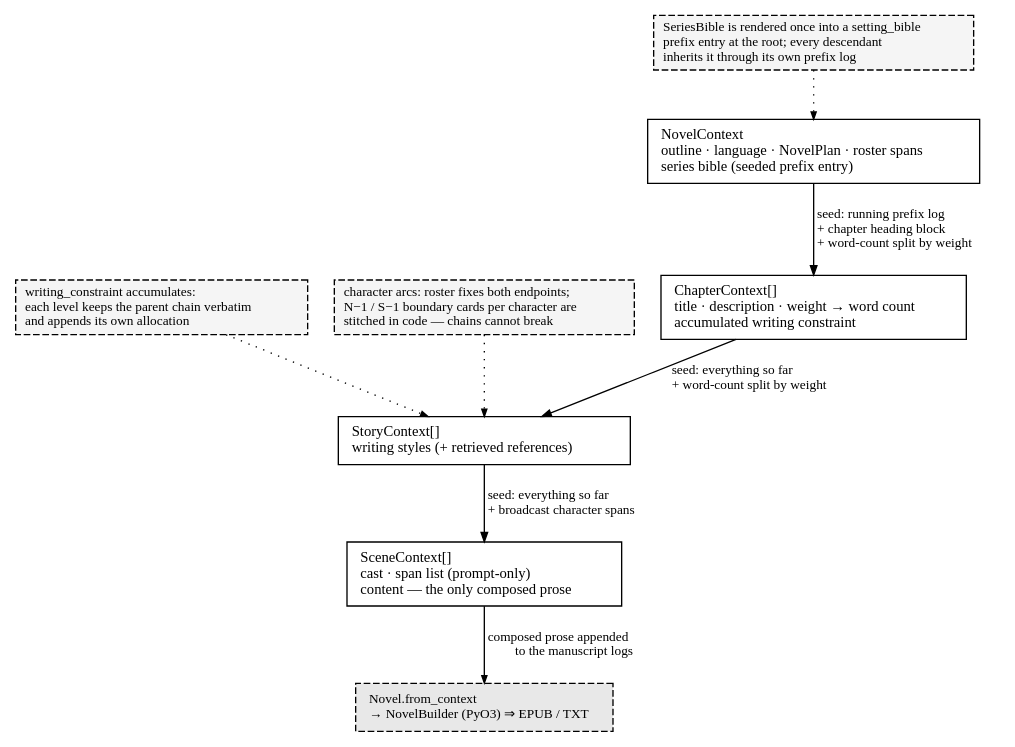
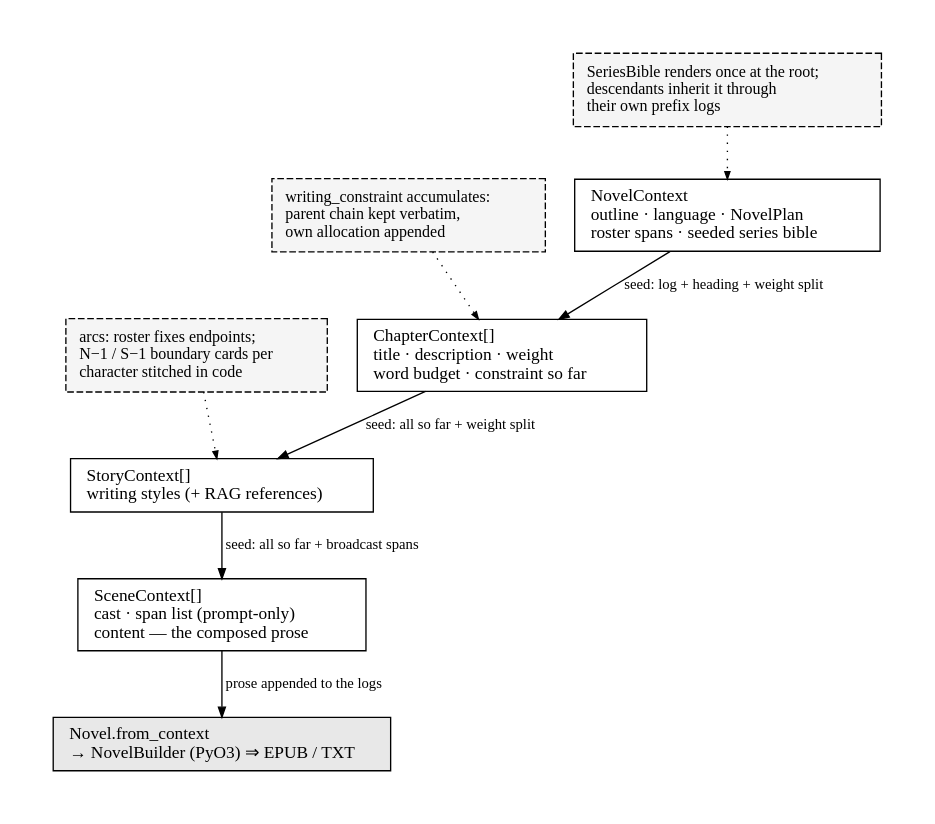
One commit to Whth/fabricatio changed the diagram in packages/fabricatio-novel/assets/dataflow.gv. Above: the diagram before and after it, drawn with Graphviz. The commit also changed 6 other files, not shown here.

```diff
--- a/packages/fabricatio-novel/assets/dataflow.gv
+++ b/packages/fabricatio-novel/assets/dataflow.gv
@@ -1,39 +1,41 @@
 // fabricatio-novel: what flows down the context tree, and what flows back up.
 // Render: dot -Tsvg dataflow.gv -o dataflow.svg
 digraph dataflow {
     rankdir=TB;
     bgcolor="white";
     fontname="serif";
-    fontsize=11;
-    nodesep=0.28;
-    ranksep=0.50;
+    pad="0.45";
+    nodesep=0.30;
+    ranksep=0.52;
 
     node [shape=box, style="filled", fillcolor="white", color="black",
-          fontname="serif", fontsize=11, margin="0.14,0.08"];
-    edge [color="black", arrowsize=0.7, fontname="serif", fontsize=10];
+          fontname="serif", fontsize=13, margin="0.16,0.09"];
+    edge [color="black", arrowsize=0.75, fontname="serif", fontsize=11];
 
-    novel   [label="NovelContext\loutline · language · NovelPlan · roster spans\lseries bible (seeded prefix entry)\l"];
-    chapter [label="ChapterContext[]\ltitle · description · weight → word count\laccumulated writing constraint\l"];
-    story   [label="StoryContext[]\lwriting styles (+ retrieved references)\l"];
-    scene   [label="SceneContext[]\lcast · span list (prompt-only)\lcontent — the only composed prose\l"];
+    novel   [label="NovelContext\loutline · language · NovelPlan\lroster spans · seeded series bible\l"];
+    chapter [label="ChapterContext[]\ltitle · description · weight\lword budget · constraint so far\l"];
+    story   [label="StoryContext[]\lwriting styles (+ RAG references)\l"];
+    scene   [label="SceneContext[]\lcast · span list (prompt-only)\lcontent — the composed prose\l"];
 
-    novel -> chapter [label="  seed: running prefix log\l  + chapter heading block\l  + word-count split by weight\l"];
-    chapter -> story [label="  seed: everything so far\l  + word-count split by weight\l"];
-    story -> scene  [label="  seed: everything so far\l  + broadcast character spans\l"];
+    novel   -> chapter [label="  seed: log + heading + weight split\l"];
+    chapter -> story [label="  seed: all so far + weight split\l"];
+    story   -> scene  [label="  seed: all so far + broadcast spans\l"];
 
     // downward cross-cutting mechanisms
-    node [style="filled, dashed", fillcolor="#F5F5F5", fontsize=10];
+    node [style="filled, dashed", fillcolor="#F5F5F5", fontsize=12, margin="0.14,0.11"];
     edge [style=dotted, arrowsize=0.55];
 
-    bible  [label="SeriesBible is rendered once into a setting_bible\lprefix entry at the root; every descendant\linherits it through its own prefix log\l", margin="0.10,0.06"];
-    constr [label="writing_constraint accumulates:\leach level keeps the parent chain verbatim\land appends its own allocation\l", margin="0.10,0.06"];
-    spans  [label="character arcs: roster fixes both endpoints;\lN−1 / S−1 boundary cards per character are\lstitched in code — chains cannot break\l", margin="0.10,0.06"];
+    bible  [label="SeriesBible renders once at the root;\ldescendants inherit it through\ltheir own prefix logs\l"];
+    constr [label="writing_constraint accumulates:\lparent chain kept verbatim,\lown allocation appended\l"];
+    spans  [label="arcs: roster fixes endpoints;\lN−1 / S−1 boundary cards per\lcharacter stitched in code\l"];
 
     bible  -> novel;
-    constr -> story;
+    constr -> chapter;
     spans  -> story;
 
     // upward aggregation
-    asm [label="Novel.from_context\l→ NovelBuilder (PyO3) ⇒ EPUB / TXT\l", fillcolor="#E8E8E8"];
-    scene -> asm [label="  composed prose appended\l  to the manuscript logs", style=solid];
+    node [style="filled", fillcolor="#E8E8E8", fontsize=13, margin="0.16,0.09"];
+    edge [style=solid, arrowsize=0.75];
+    asm [label="Novel.from_context\l→ NovelBuilder (PyO3) ⇒ EPUB / TXT\l"];
+    scene -> asm [label="  prose appended to the logs\l"];
 }
```
